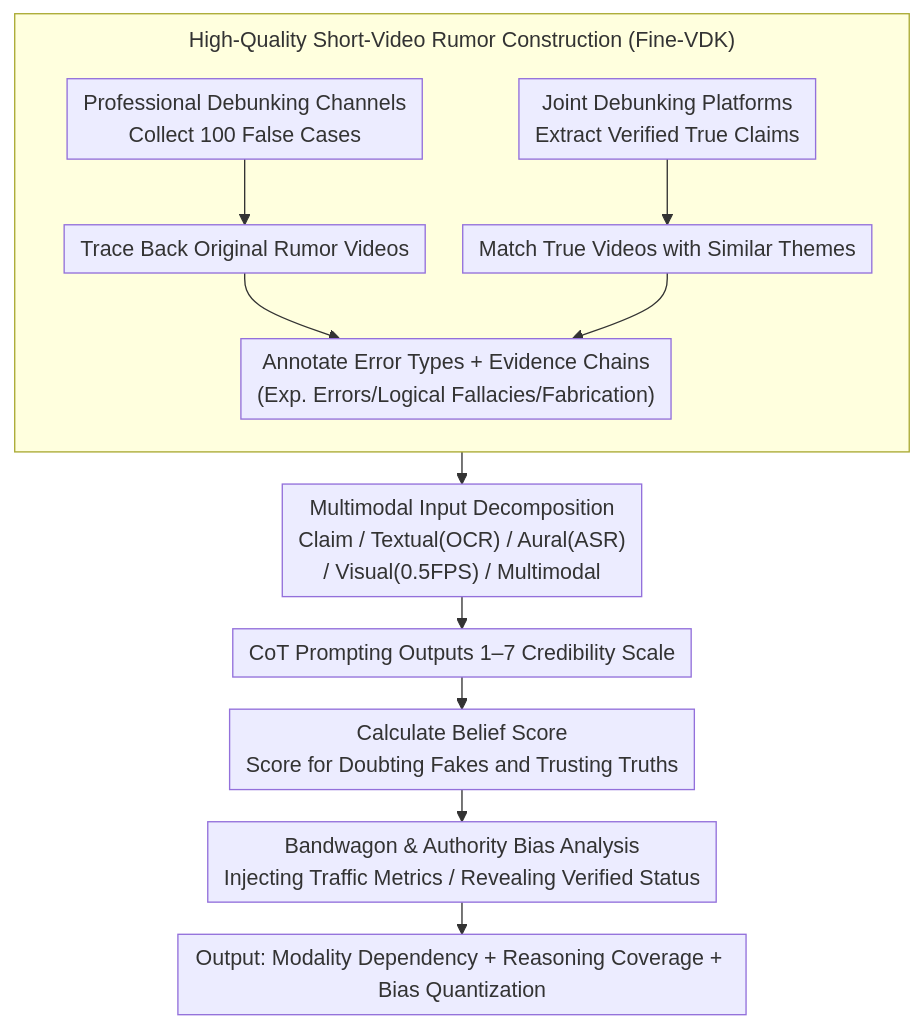
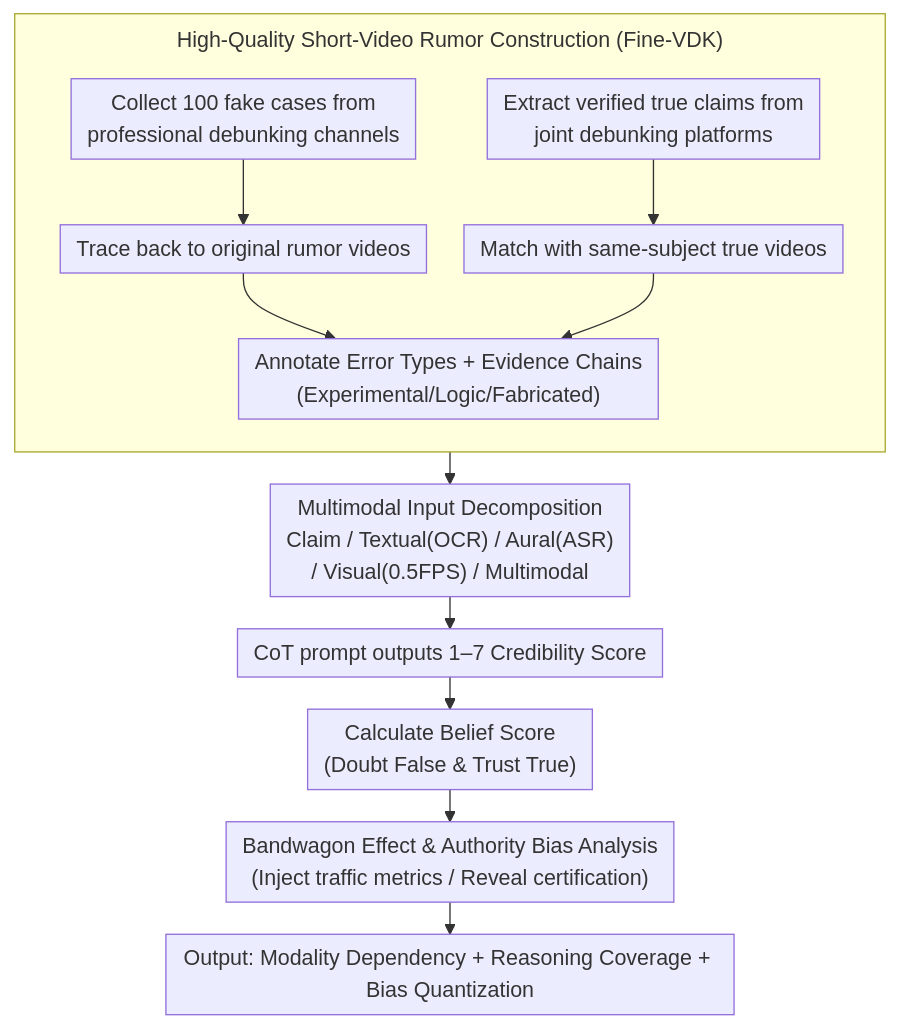
Before and after one commit to zhaoyang97/Paper-Notes-en: the diagram in docs/ACL2026/social_computing/probing_multimodal_large_language_models_on_cognitive_biases_in_chinese_short-vi.md, drawn with Mermaid. The commit also changed other lines of this file and 5084 other files, not shown here.

````diff
--- a/docs/ACL2026/social_computing/probing_multimodal_large_language_models_on_cognitive_biases_in_chinese_short-vi.md
+++ b/docs/ACL2026/social_computing/probing_multimodal_large_language_models_on_cognitive_biases_in_chinese_short-vi.md
@@ -42,16 +42,16 @@
 ```mermaid
 %%{init: {'flowchart': {'rankSpacing': 24, 'nodeSpacing': 28, 'padding': 6, 'wrappingWidth': 400, 'subGraphTitleMargin': {'top': 8, 'bottom': 16}}}}%%
 flowchart TD
     subgraph DATA["High-Quality Short-Video Rumor Construction (Fine-VDK)"]
         direction TB
-        A["Professional Debunking Channels<br/>Collect 100 False Cases"] --> B["Trace Back Original Rumor Videos"]
-        C["Joint Debunking Platforms<br/>Extract Verified True Claims"] --> D["Match True Videos with Similar Themes"]
-        B --> E["Annotate Error Types + Evidence Chains<br/>(Exp. Errors/Logical Fallacies/Fabrication)"]
+        A["Collect 100 fake cases from<br/>professional debunking channels"] --> B["Trace back to original rumor videos"]
+        C["Extract verified true claims from<br/>joint debunking platforms"] --> D["Match with same-subject true videos"]
+        B --> E["Annotate Error Types + Evidence Chains<br/>(Experimental/Logic/Fabricated)"]
         D --> E
     end
     E --> F["Multimodal Input Decomposition<br/>Claim / Textual(OCR) / Aural(ASR)<br/>/ Visual(0.5FPS) / Multimodal"]
-    F --> G["CoT Prompting Outputs 1–7 Credibility Scale"]
-    G --> H["Calculate Belief Score<br/>Score for Doubting Fakes and Trusting Truths"]
-    H --> I["Bandwagon & Authority Bias Analysis<br/>Injecting Traffic Metrics / Revealing Verified Status"]
+    F --> G["CoT prompt outputs 1–7 Credibility Score"]
+    G --> H["Calculate Belief Score<br/>(Doubt False & Trust True)"]
+    H --> I["Bandwagon Effect & Authority Bias Analysis<br/>(Inject traffic metrics / Reveal certification)"]
     I --> J["Output: Modality Dependency + Reasoning Coverage + Bias Quantization"]
 ```
````
